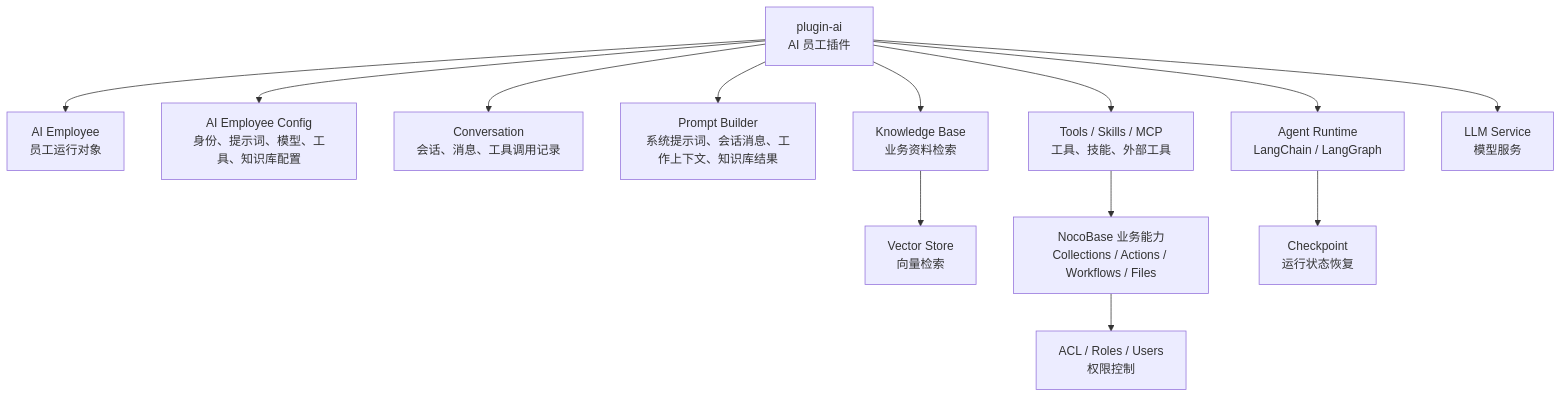
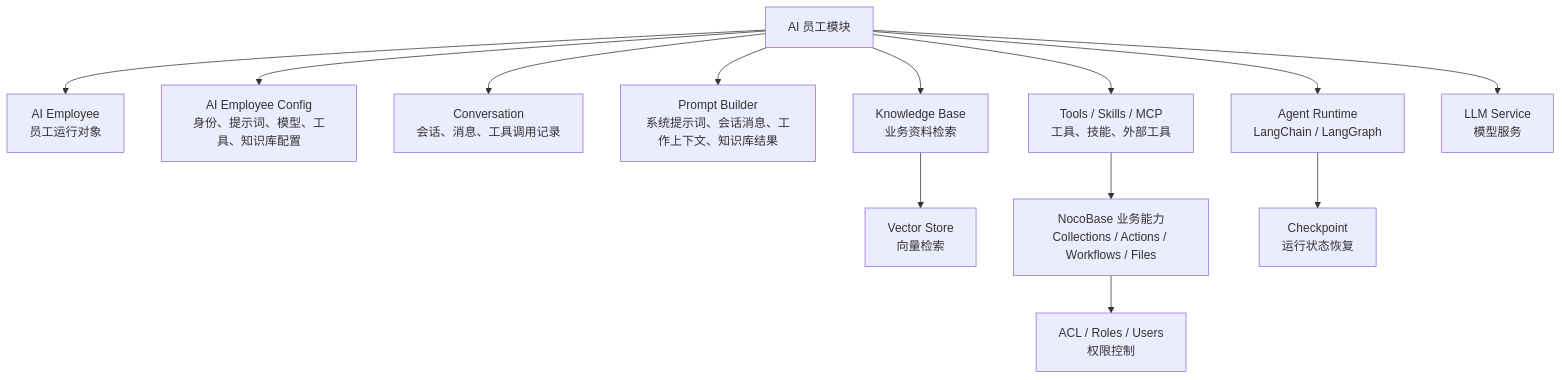
The third of 29 diagrams in ai-employee-long-term-memory-design.md (berstpander/nocobase), drawn with Mermaid before and after one commit. The commit also changed other lines of this file, not shown here.

````diff
--- a/ai-employee-long-term-memory-design.md
+++ b/ai-employee-long-term-memory-design.md
@@ -89,16 +91,16 @@
 ```mermaid
 flowchart TB
-  PluginAI["plugin-ai<br/>AI 员工插件"] --> Employee["AI Employee<br/>员工运行对象"]
+  PluginAI["AI 员工模块"] --> Employee["AI Employee<br/>员工运行对象"]
   PluginAI --> Config["AI Employee Config<br/>身份、提示词、模型、工具、知识库配置"]
   PluginAI --> Conversation["Conversation<br/>会话、消息、工具调用记录"]
   PluginAI --> Prompt["Prompt Builder<br/>系统提示词、会话消息、工作上下文、知识库结果"]
   PluginAI --> Agent["Agent Runtime<br/>LangChain / LangGraph"]
   PluginAI --> Tools["Tools / Skills / MCP<br/>工具、技能、外部工具"]
   PluginAI --> KB["Knowledge Base<br/>业务资料检索"]
   PluginAI --> LLM["LLM Service<br/>模型服务"]
 
   KB --> Vector["Vector Store<br/>向量检索"]
   Tools --> Business["NocoBase 业务能力<br/>Collections / Actions / Workflows / Files"]
   Business --> ACL["ACL / Roles / Users<br/>权限控制"]
   Agent --> Checkpoint["Checkpoint<br/>运行状态恢复"]
 ```
````
